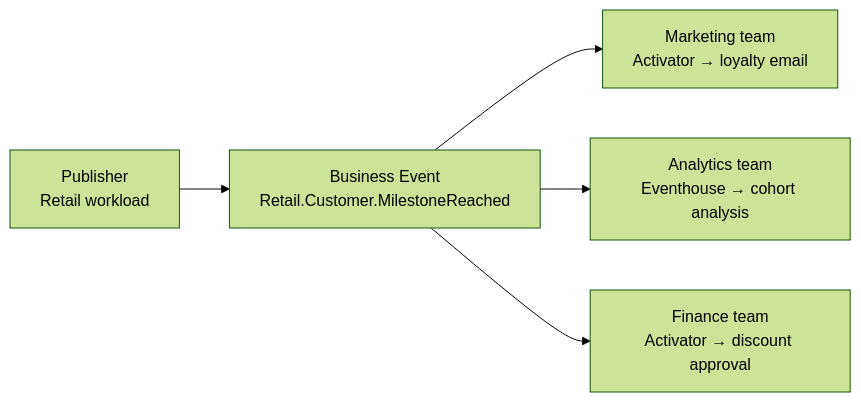
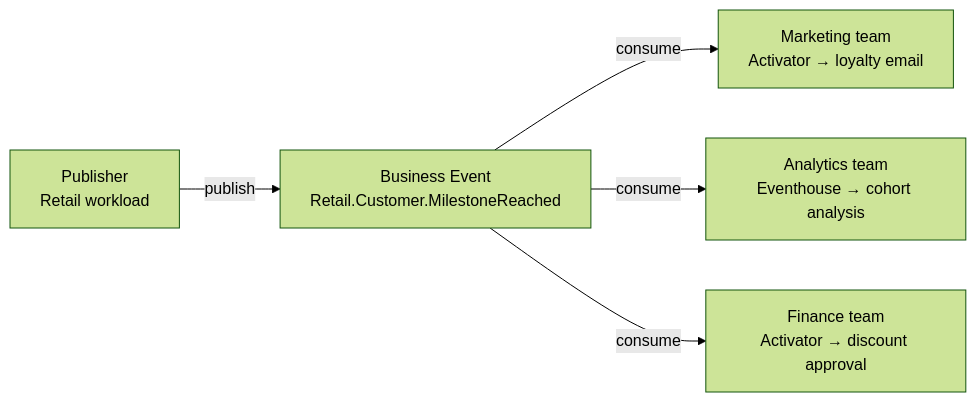
One commit to microsoft/fabric-events changed the fourth of 4 diagrams in docs/business-events/design-guides/multi-consumer-fanout.md. Above: the diagram before and after it, drawn with Mermaid (forest theme). The commit also changed other lines of this file and 6 other files, not shown here.

````diff
--- a/docs/business-events/design-guides/multi-consumer-fanout.md
+++ b/docs/business-events/design-guides/multi-consumer-fanout.md
@@ -49,7 +49,7 @@
 ```mermaid
 flowchart LR
-    P[Publisher\nRetail workload] --> BE[Business Event\nRetail.Customer.MilestoneReached]
-    BE --> A[Marketing team\nActivator → loyalty email]
-    BE --> B[Analytics team\nEventhouse → cohort analysis]
-    BE --> C[Finance team\nActivator → discount approval]
+    P[Publisher\nRetail workload] -->|publish| BE[Business Event\nRetail.Customer.MilestoneReached]
+    BE -->|consume| A[Marketing team\nActivator → loyalty email]
+    BE -->|consume| B[Analytics team\nEventhouse → cohort analysis]
+    BE -->|consume| C[Finance team\nActivator → discount approval]
 ```
````
